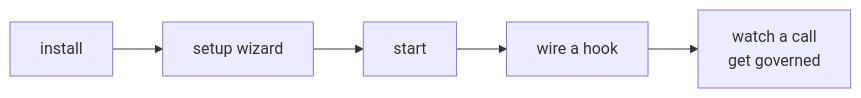
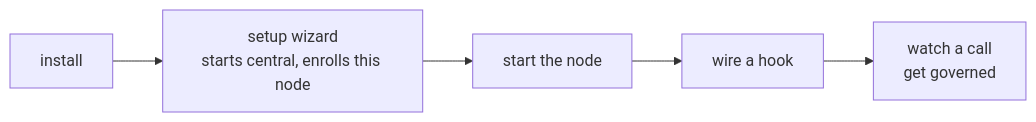
One commit to ejbrahms/Windrow changed the first of 3 diagrams in docs/quickstart.md. Above: the diagram before and after it, drawn with Mermaid. The commit also changed other lines of this file and 6 other files, not shown here.

````diff
--- a/docs/quickstart.md
+++ b/docs/quickstart.md
@@ -7,7 +6,7 @@
 ```mermaid
 flowchart LR
-  A[install] --> B[setup wizard]
-  B --> C[start]
+  A[install] --> B[setup wizard<br/>starts central, enrolls this node]
+  B --> C[start the node]
   C --> D[wire a hook]
   D --> E[watch a call<br/>get governed]
 ```
````
